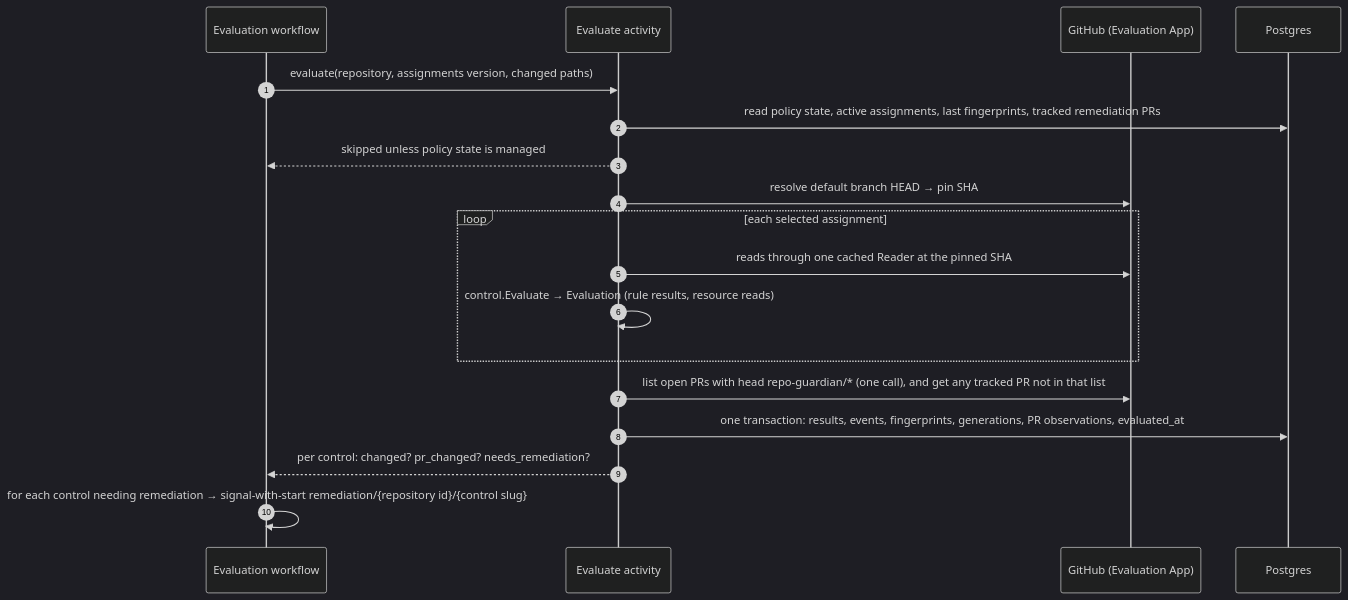
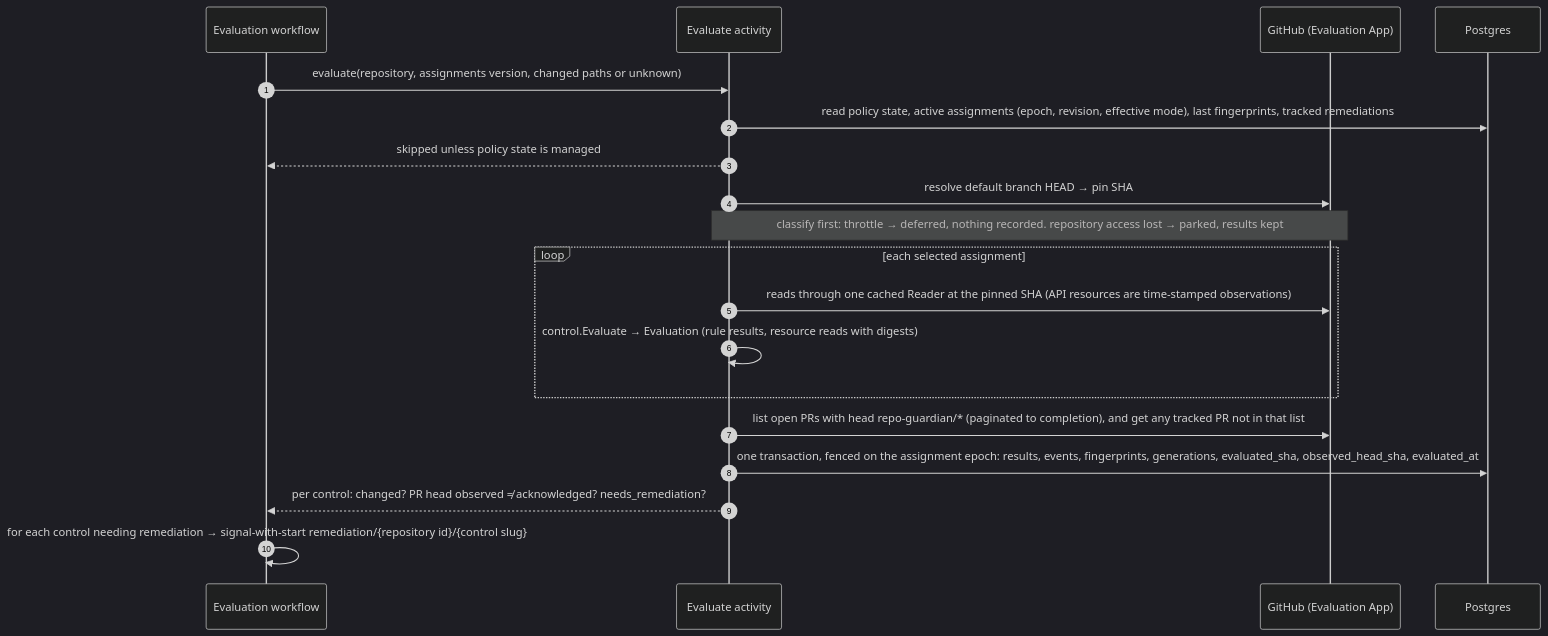
Before and after one commit to donaldgifford/repo-guardian: the first of 4 diagrams in docs/design/0032-evaluation-and-remediation-workflows-change-driven-remediation.md, drawn with Mermaid (dark theme). The commit also changed other lines of this file and 10 other files, not shown here.

````diff
--- a/docs/design/0032-evaluation-and-remediation-workflows-change-driven-remediation.md
+++ b/docs/design/0032-evaluation-and-remediation-workflows-change-driven-remediation.md
@@ -146,21 +147,22 @@
 ```mermaid
 sequenceDiagram
     autonumber
     participant W as Evaluation workflow
     participant A as Evaluate activity
     participant GH as GitHub (Evaluation App)
     participant DB as Postgres
 
-    W->>A: evaluate(repository, assignments version, changed paths)
-    A->>DB: read policy state, active assignments, last fingerprints, tracked remediation PRs
+    W->>A: evaluate(repository, assignments version, changed paths or unknown)
+    A->>DB: read policy state, active assignments (epoch, revision, effective mode), last fingerprints, tracked remediations
     A-->>W: skipped unless policy state is managed
     A->>GH: resolve default branch HEAD → pin SHA
+    Note over A,GH: classify first: throttle → deferred, nothing recorded. repository access lost → parked, results kept
     loop each selected assignment
-        A->>GH: reads through one cached Reader at the pinned SHA
-        A->>A: control.Evaluate → Evaluation (rule results, resource reads)
+        A->>GH: reads through one cached Reader at the pinned SHA (API resources are time-stamped observations)
+        A->>A: control.Evaluate → Evaluation (rule results, resource reads with digests)
     end
-    A->>GH: list open PRs with head repo-guardian/* (one call), and get any tracked PR not in that list
-    A->>DB: one transaction: results, events, fingerprints, generations, PR observations, evaluated_at
-    A-->>W: per control: changed? pr_changed? needs_remediation?
+    A->>GH: list open PRs with head repo-guardian/* (paginated to completion), and get any tracked PR not in that list
+    A->>DB: one transaction, fenced on the assignment epoch: results, events, fingerprints, generations, evaluated_sha, observed_head_sha, evaluated_at
+    A-->>W: per control: changed? PR head observed ≠ acknowledged? needs_remediation?
     W->>W: for each control needing remediation → signal-with-start remediation/{repository id}/{control slug}
 ```
````
